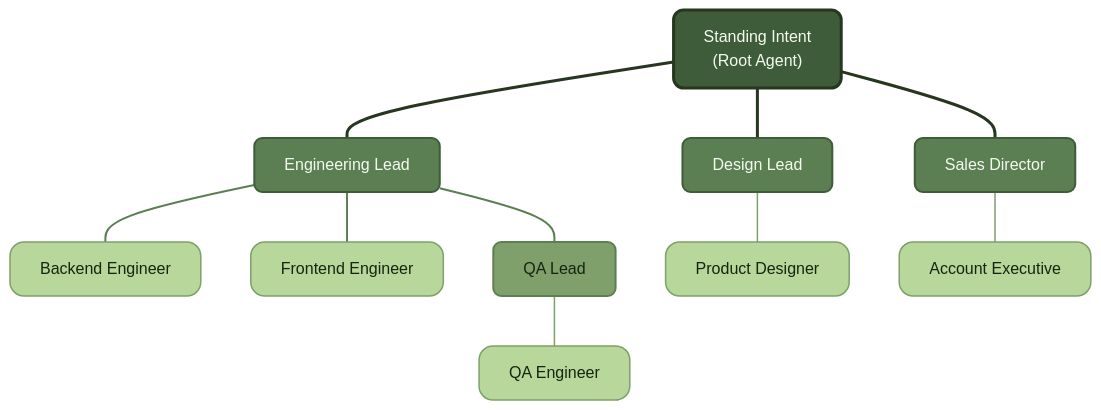
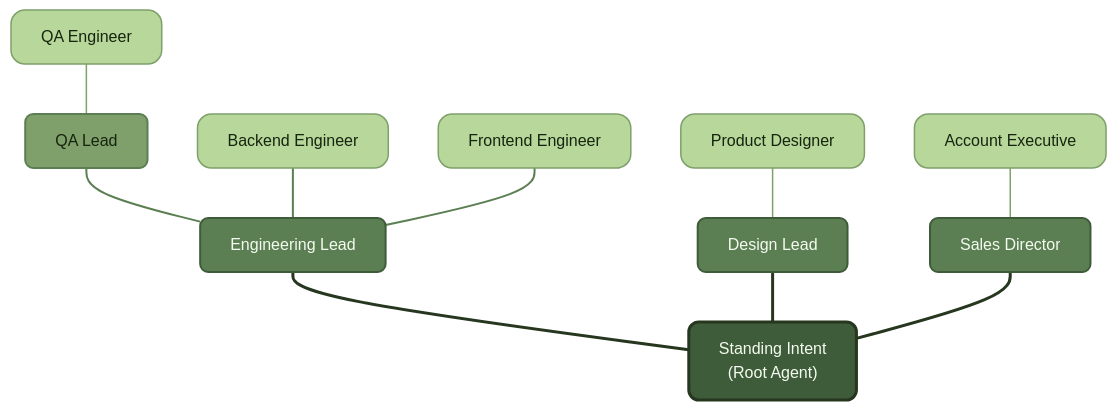
One commit to Madhax/canopy changed the diagram in README.md. Above: the diagram before and after it, drawn with Mermaid.

````diff
--- a/README.md
+++ b/README.md
@@ -22,45 +22,45 @@
 ```mermaid
 %%{init: {'theme': 'base'}}%%
 graph BT
   classDef trunk fill:#3E5C3A,stroke:#26361F,stroke-width:3px,color:#F4FBF0,rx:10,ry:10;
   classDef limb fill:#5B7F52,stroke:#3E5C3A,stroke-width:2px,color:#F4FBF0,rx:8,ry:8;
   classDef twig fill:#7FA06B,stroke:#5B7F52,stroke-width:2px,color:#17240F,rx:8,ry:8;
   classDef leaf fill:#B7D89A,stroke:#7FA06B,stroke-width:1.5px,color:#17240F,rx:14,ry:14;
 
   Root["Standing Intent<br/>(Root Agent)"]:::trunk
 
   Eng["Engineering Lead"]:::limb
   Design["Design Lead"]:::limb
   Sales["Sales Director"]:::limb
 
   QALead["QA Lead"]:::twig
 
   Backend["Backend Engineer"]:::leaf
   Frontend["Frontend Engineer"]:::leaf
   QA1["QA Engineer"]:::leaf
   Designer["Product Designer"]:::leaf
   AE["Account Executive"]:::leaf
 
-  Eng --- Root
-  Design --- Root
-  Sales --- Root
+  Root --- Eng
+  Root --- Design
+  Root --- Sales
 
-  Backend --- Eng
-  Frontend --- Eng
-  QALead --- Eng
-  QA1 --- QALead
+  Eng --- Backend
+  Eng --- Frontend
+  Eng --- QALead
+  QALead --- QA1
 
-  Designer --- Design
+  Design --- Designer
 
-  AE --- Sales
+  Sales --- AE
 
   linkStyle 0 stroke:#26361F,stroke-width:3px
   linkStyle 1 stroke:#26361F,stroke-width:3px
   linkStyle 2 stroke:#26361F,stroke-width:3px
   linkStyle 3 stroke:#5B7F52,stroke-width:2px
   linkStyle 4 stroke:#5B7F52,stroke-width:2px
   linkStyle 5 stroke:#5B7F52,stroke-width:2px
   linkStyle 6 stroke:#7FA06B,stroke-width:1.5px
   linkStyle 7 stroke:#7FA06B,stroke-width:1.5px
   linkStyle 8 stroke:#7FA06B,stroke-width:1.5px
 ```
````
